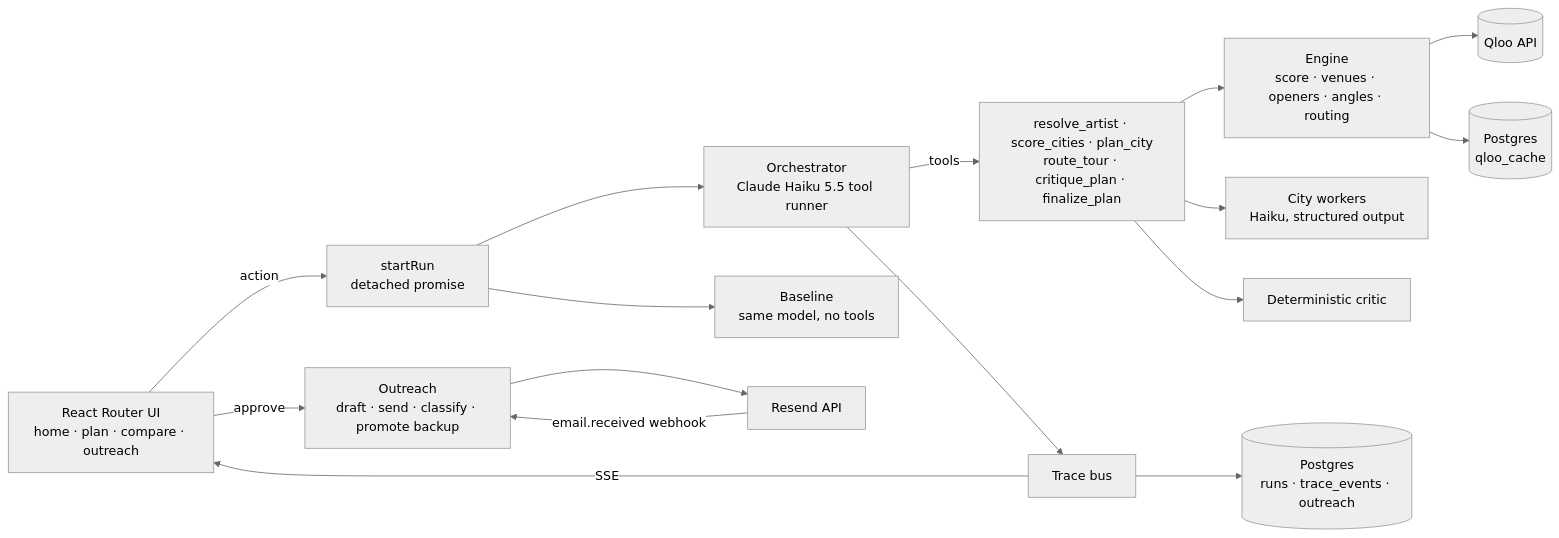
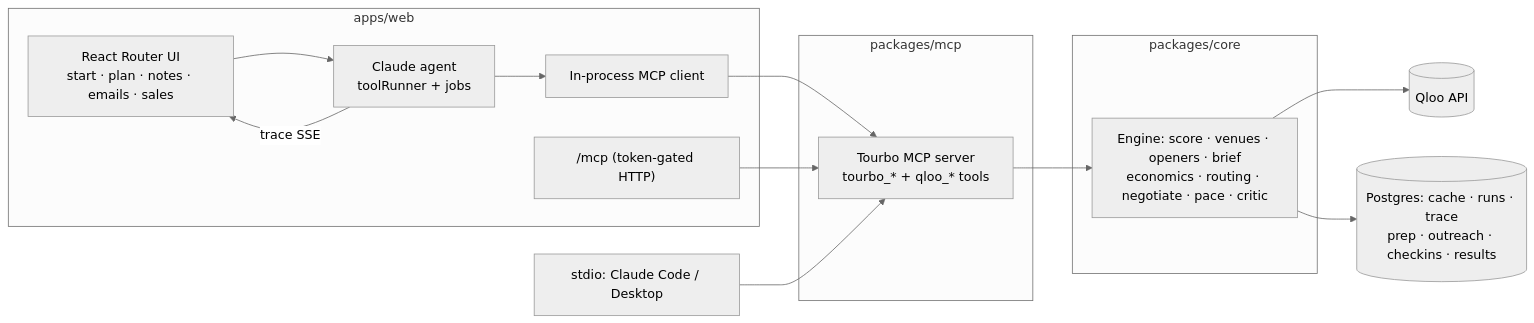
Before and after one commit to swaptr/tourbo: the diagram in README.md, drawn with Mermaid (neutral theme). The commit also changed other lines of this file and 174 other files, not shown here.

Commit message:
split into core, mcp and web workspaces; add onboarding, show notes, negotiation, ticket pace and story tests

````diff
--- a/README.md
+++ b/README.md
@@ -44,17 +49,20 @@
 ```mermaid
 flowchart LR
-  UI[React Router UI<br/>home · plan · compare · outreach] -->|action| Run[startRun<br/>detached promise]
-  Run --> Orch[Orchestrator<br/>Claude Haiku 5.5 tool runner]
-  Run --> Base[Baseline<br/>same model, no tools]
-  Orch -->|tools| Tools[resolve_artist · score_cities · plan_city<br/>route_tour · critique_plan · finalize_plan]
-  Tools --> Engine[Engine<br/>score · venues · openers · angles · routing]
-  Tools --> Worker[City workers<br/>Haiku, structured output]
-  Tools --> Critic[Deterministic critic]
-  Engine --> Qloo[(Qloo API)]
-  Engine --> Cache[(Postgres<br/>qloo_cache)]
-  Orch --> Trace[Trace bus] --> DB[(Postgres<br/>runs · trace_events · outreach)]
-  Trace -->|SSE| UI
-  UI -->|approve| Outreach[Outreach<br/>draft · send · classify · promote backup]
-  Outreach --> Resend[Resend API]
-  Resend -->|email.received webhook| Outreach
+  subgraph web [apps/web]
+    UI[React Router UI<br/>start · plan · notes · emails · sales] --> Agent[Claude agent<br/>toolRunner + jobs]
+    Agent --> Client[In-process MCP client]
+    Remote["/mcp (token-gated HTTP)"]
+  end
+  subgraph mcp [packages/mcp]
+    Server[Tourbo MCP server<br/>tourbo_* + qloo_* tools]
+  end
+  subgraph core [packages/core]
+    Engine[Engine: score · venues · openers · brief<br/>economics · routing · negotiate · pace · critic]
+  end
+  Client --> Server
+  Remote --> Server
+  Stdio[stdio: Claude Code / Desktop] --> Server
+  Server --> Engine --> Qloo[(Qloo API)]
+  Engine --> PG[(Postgres: cache · runs · trace<br/>prep · outreach · checkins · results)]
+  Agent -->|trace SSE| UI
 ```
````
